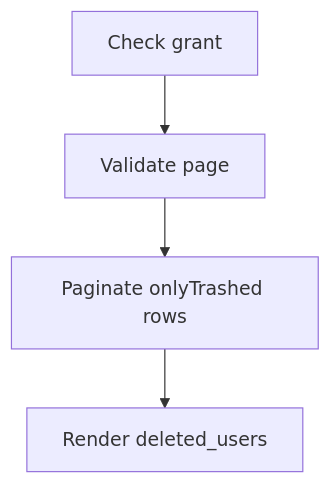
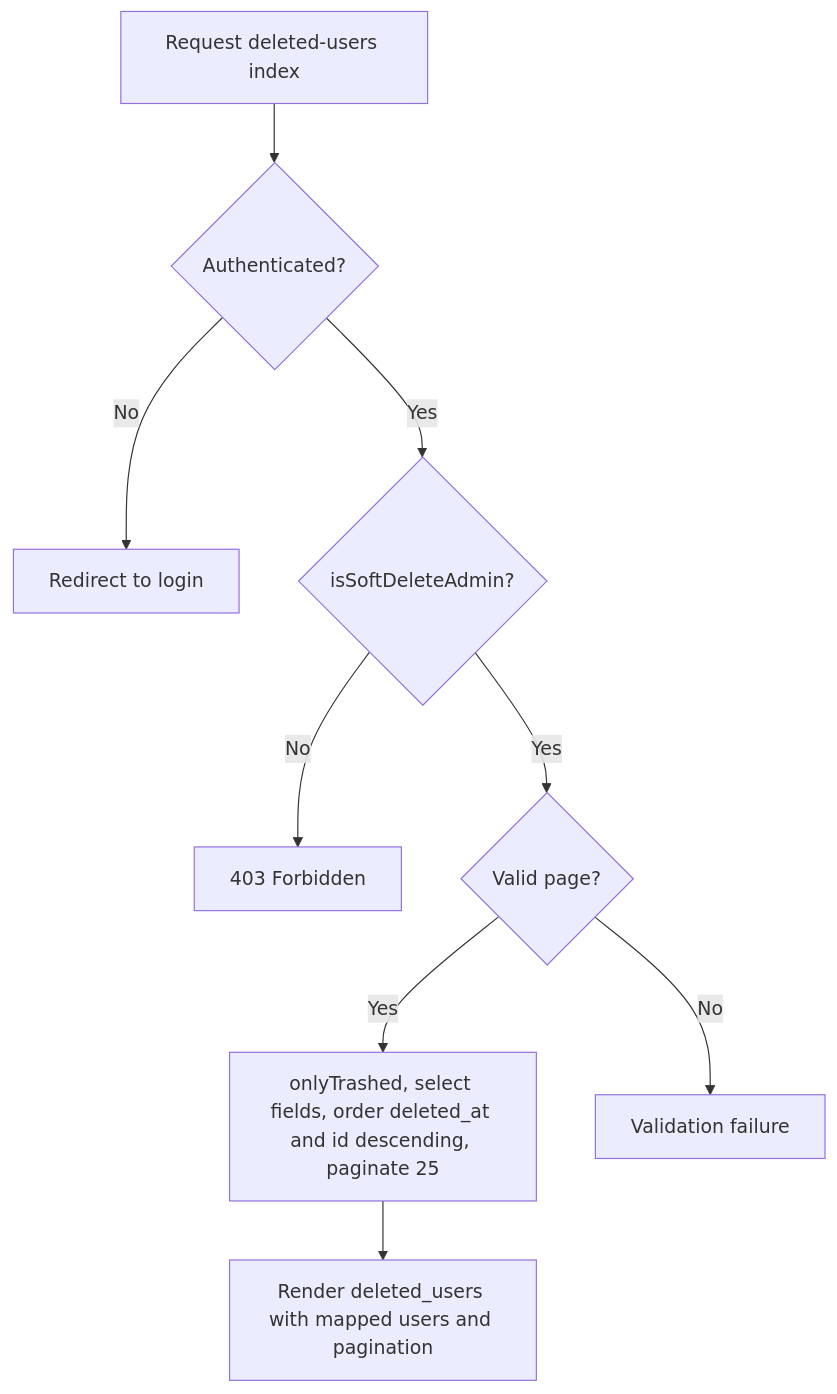
One commit to Kevinjohn/oss-adonisjs-lucid-soft-delete changed the second of 2 diagrams in user-stories/example-apps/us-demo-09-inertia-list.md. Above: the diagram before and after it, drawn with Mermaid. The commit also changed other lines of this file and 22 other files, not shown here.

Commit message:
docs: verify user story paths and Mermaid flows against implementation

````diff
--- a/user-stories/example-apps/us-demo-09-inertia-list.md
+++ b/user-stories/example-apps/us-demo-09-inertia-list.md
@@ -27,4 +31,11 @@
 ```mermaid
 flowchart TD
-    A["Check grant"] --> B["Validate page"] --> C["Paginate onlyTrashed rows"] --> D["Render deleted_users"]
+    A["Request deleted-users index"] --> B{"Authenticated?"}
+    B -->|No| C["Redirect to login"]
+    B -->|Yes| D{"isSoftDeleteAdmin?"}
+    D -->|No| E["403 Forbidden"]
+    D -->|Yes| F{"Valid page?"}
+    F -->|Yes| P["onlyTrashed, select fields, order deleted_at and id descending, paginate 25"]
+    F -->|No| V["Validation failure"]
+    P --> W["Render deleted_users with mapped users and pagination"]
 ```
````
